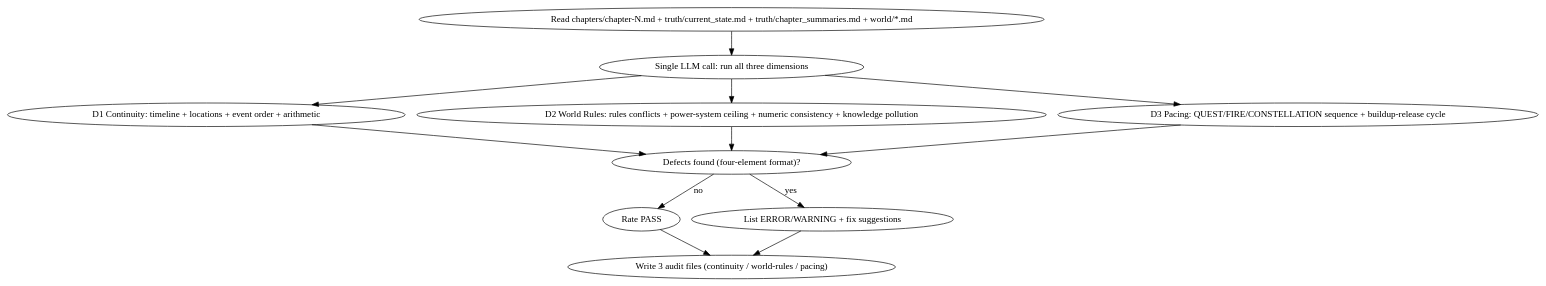
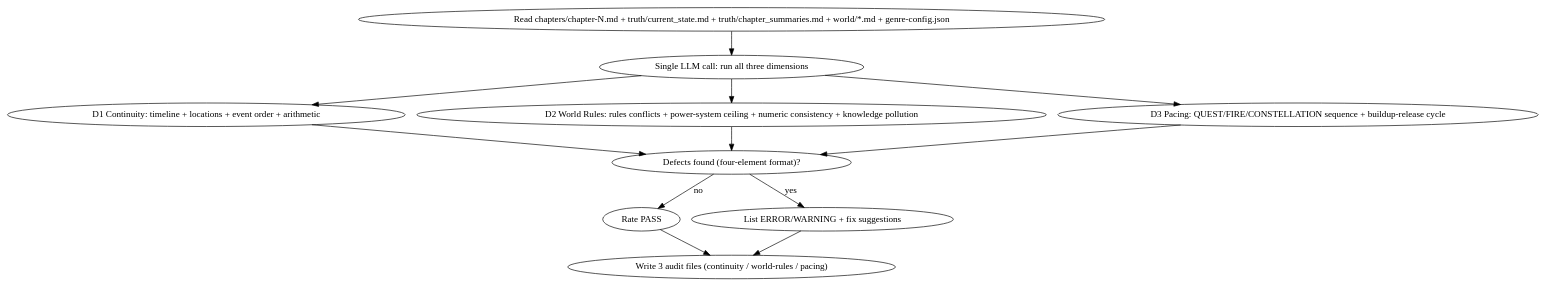
Before and after one commit to ThomasChangX/shenbi: the diagram in skills/shenbi-review-group-factual/SKILL.md, drawn with Graphviz. The commit also changed 4 other files, not shown here.

Commit message:
docs(skills): spec62 T3 review fixes — rename sweep chapter-revision, craft D1 label, genre-config read nodes + spec acceptance-3 digraph grep fix

````diff
--- a/skills/shenbi-review-group-factual/SKILL.md
+++ b/skills/shenbi-review-group-factual/SKILL.md
@@ -49,15 +49,15 @@
 ```dot
 digraph review_group_factual {
-    "Read chapters/chapter-N.md + truth/current_state.md + truth/chapter_summaries.md + world/*.md" -> "Single LLM call: run all three dimensions";
+    "Read chapters/chapter-N.md + truth/current_state.md + truth/chapter_summaries.md + world/*.md + genre-config.json" -> "Single LLM call: run all three dimensions";
     "Single LLM call: run all three dimensions" -> "D1 Continuity: timeline + locations + event order + arithmetic";
     "Single LLM call: run all three dimensions" -> "D2 World Rules: rules conflicts + power-system ceiling + numeric consistency + knowledge pollution";
     "Single LLM call: run all three dimensions" -> "D3 Pacing: QUEST/FIRE/CONSTELLATION sequence + buildup-release cycle";
     "D1 Continuity: timeline + locations + event order + arithmetic" -> "Defects found (four-element format)?";
     "D2 World Rules: rules conflicts + power-system ceiling + numeric consistency + knowledge pollution" -> "Defects found (four-element format)?";
     "D3 Pacing: QUEST/FIRE/CONSTELLATION sequence + buildup-release cycle" -> "Defects found (four-element format)?";
     "Defects found (four-element format)?" -> "Rate PASS" [label="no"];
     "Defects found (four-element format)?" -> "List ERROR/WARNING + fix suggestions" [label="yes"];
     "Rate PASS" -> "Write 3 audit files (continuity / world-rules / pacing)";
     "List ERROR/WARNING + fix suggestions" -> "Write 3 audit files (continuity / world-rules / pacing)";
 }
 ```
````
